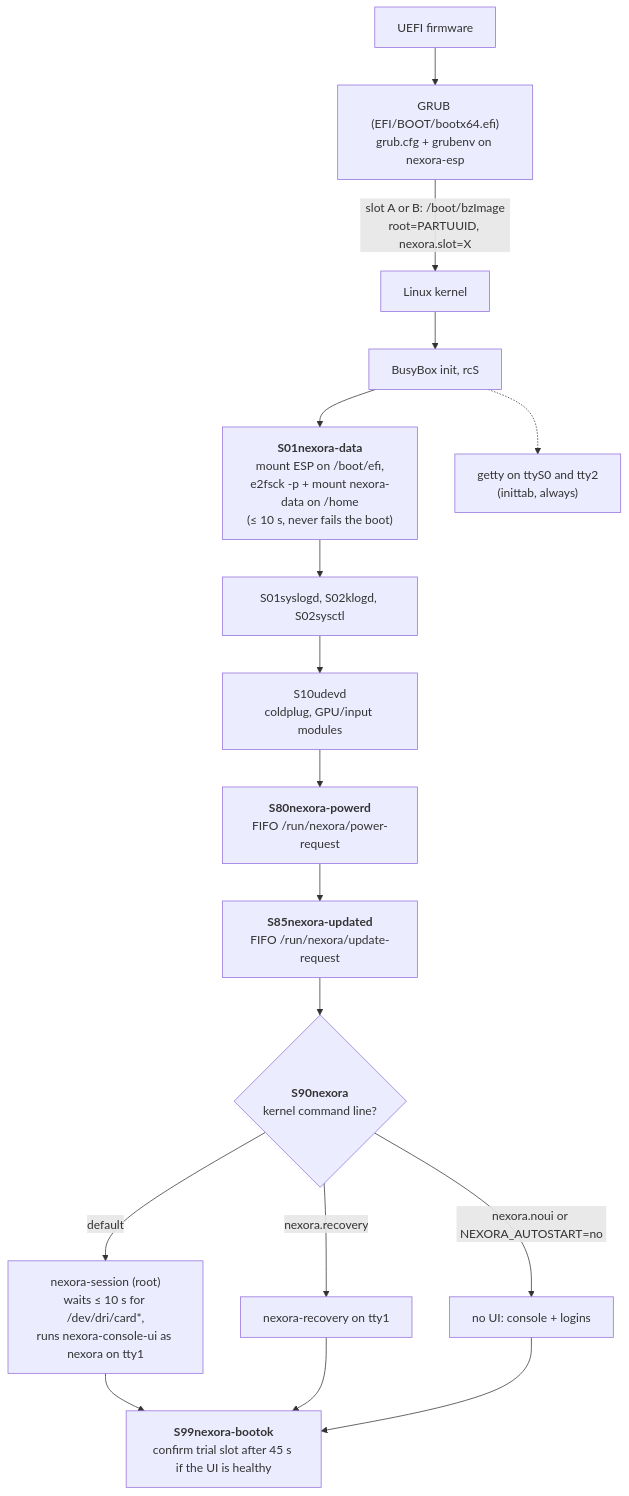
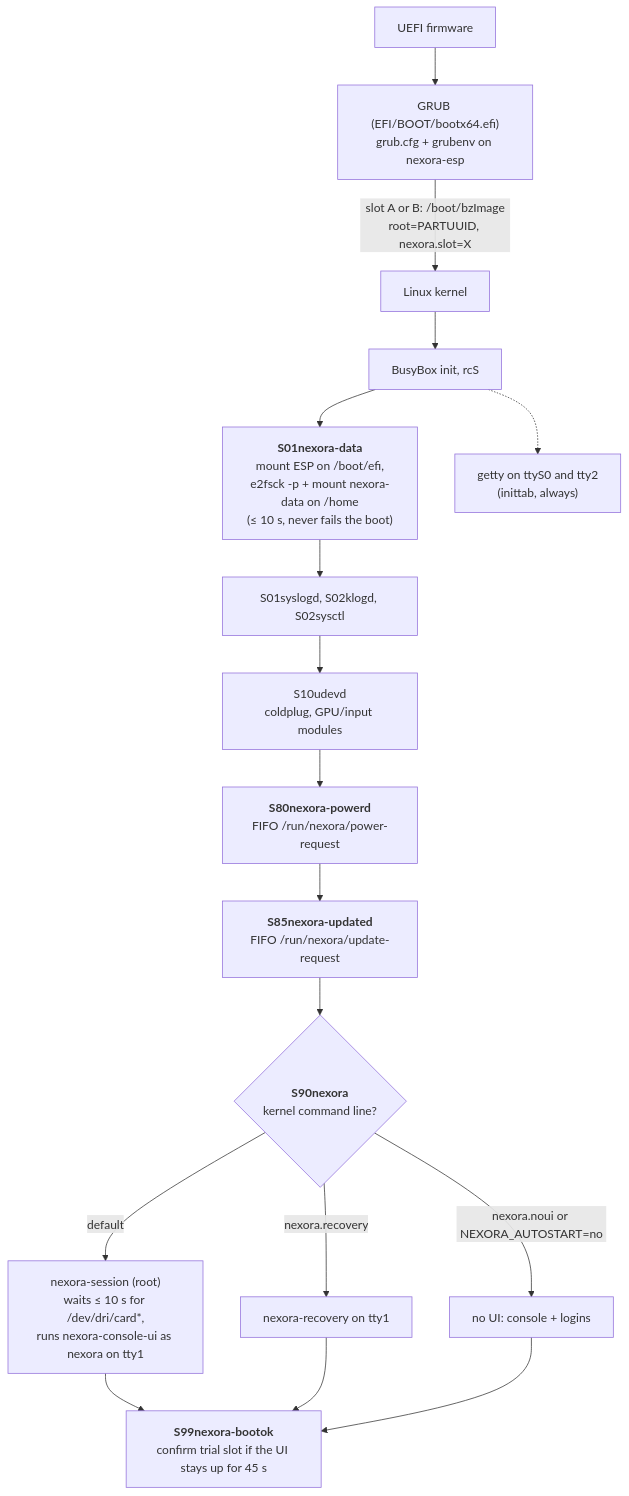
Before and after one commit to szebasztianmarton/Nexora-OS: the diagram in docs/recovery.md, drawn with Mermaid. The commit also changed other lines of this file and 17 other files, not shown here.

````diff
--- a/docs/recovery.md
+++ b/docs/recovery.md
@@ -22,19 +22,19 @@
 ```mermaid
 graph TD
     fw[UEFI firmware] --> grub["GRUB (EFI/BOOT/bootx64.efi)<br/>grub.cfg + grubenv on nexora-esp"]
     grub -->|"slot A or B: /boot/bzImage<br/>root=PARTUUID, nexora.slot=X"| kernel[Linux kernel]
     kernel --> init[BusyBox init, rcS]
     init --> data["<b>S01nexora-data</b><br/>mount ESP on /boot/efi,<br/>e2fsck -p + mount nexora-data on /home<br/>(≤ 10 s, never fails the boot)"]
     data --> logd["S01syslogd, S02klogd, S02sysctl"]
     logd --> udev["S10udevd<br/>coldplug, GPU/input modules"]
     udev --> powerd["<b>S80nexora-powerd</b><br/>FIFO /run/nexora/power-request"]
     powerd --> updated["<b>S85nexora-updated</b><br/>FIFO /run/nexora/update-request"]
     updated --> s90{"<b>S90nexora</b><br/>kernel command line?"}
     s90 -->|default| session["nexora-session (root)<br/>waits ≤ 10 s for /dev/dri/card*,<br/>runs nexora-console-ui as nexora on tty1"]
     s90 -->|nexora.recovery| recovery["nexora-recovery on tty1"]
     s90 -->|"nexora.noui or NEXORA_AUTOSTART=no"| noui[no UI: console + logins]
-    session --> bootok["<b>S99nexora-bootok</b><br/>confirm trial slot after 45 s if the UI is healthy"]
+    session --> bootok["<b>S99nexora-bootok</b><br/>confirm trial slot if the UI stays up for 45 s"]
     recovery --> bootok
     noui --> bootok
     init -.-> getty["getty on ttyS0 and tty2<br/>(inittab, always)"]
 ```
````
